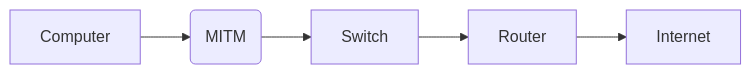
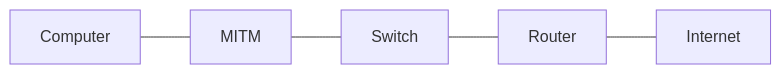
The fourth of 4 diagrams in site/content/posts/capturing-network-activity-securely.md (featherbear/UNSW-CSE-Thesis), drawn with Mermaid before and after one commit. The commit also changed other lines of this file and 1 other file, not shown here.

```diff
--- a/site/content/posts/capturing-network-activity-securely.md
+++ b/site/content/posts/capturing-network-activity-securely.md
@@ -76,4 +89,4 @@
 <div class="mermaid">
 graph LR
-  A[Computer] --> M(MITM) --> B[Switch] --> C[Router] --> D[Internet]
+Computer --- MITM --- Switch --- Router --- Internet
 </div>
```
